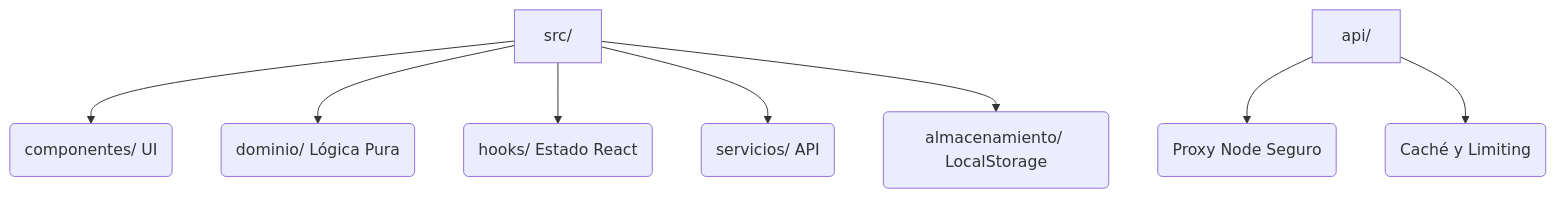
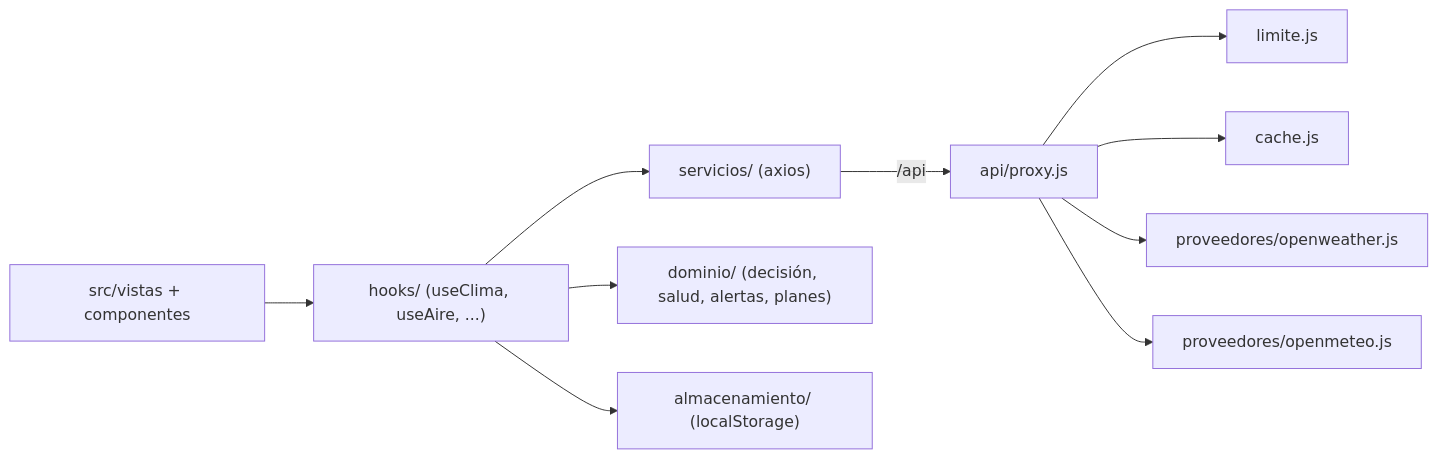
Before and after one commit to Luiss2080/WeatherNow: the diagram in README.md, drawn with Mermaid. The commit also changed other lines of this file, not shown here.

````diff
--- a/README.md
+++ b/README.md
@@ -113,10 +51,12 @@
 ```mermaid
-graph TD
-    A[src/] --> B(componentes/ UI)
-    A --> C(dominio/ Lógica Pura)
-    A --> D(hooks/ Estado React)
-    A --> E(servicios/ API)
-    A --> F(almacenamiento/ LocalStorage)
-    G[api/] --> H(Proxy Node Seguro)
-    G --> I(Caché y Limiting)
+flowchart LR
+  UI["src/vistas + componentes"] --> H["hooks/ (useClima, useAire, ...)"]
+  H --> S["servicios/ (axios)"]
+  S -->|"/api"| P["api/proxy.js"]
+  P --> L["limite.js"]
+  P --> C["cache.js"]
+  P --> OW["proveedores/openweather.js"]
+  P --> OM["proveedores/openmeteo.js"]
+  H --> D["dominio/ (decisión, salud, alertas, planes)"]
+  H --> A["almacenamiento/ (localStorage)"]
 ```
````
